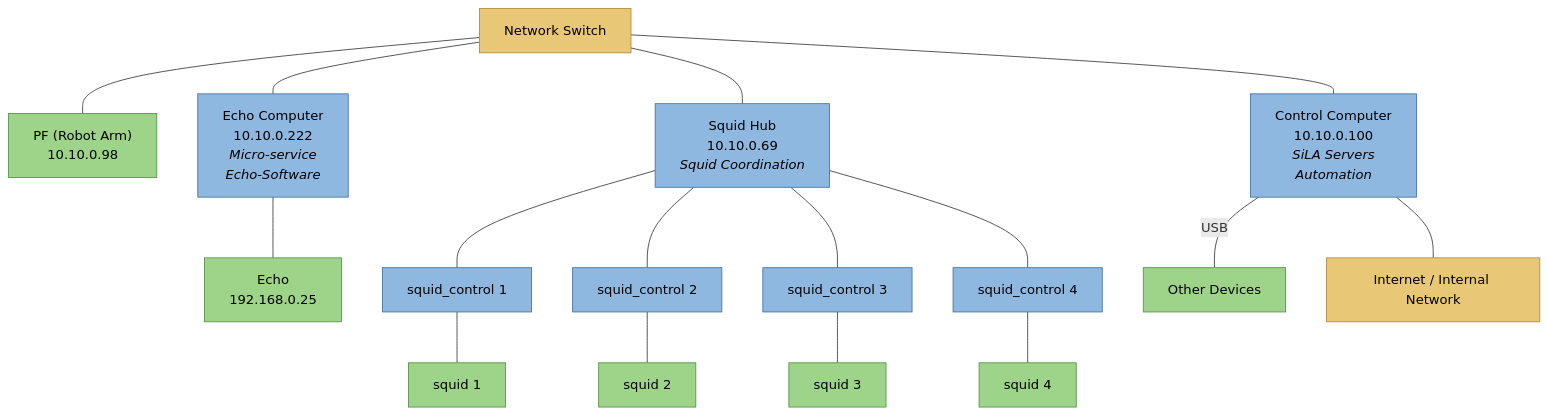
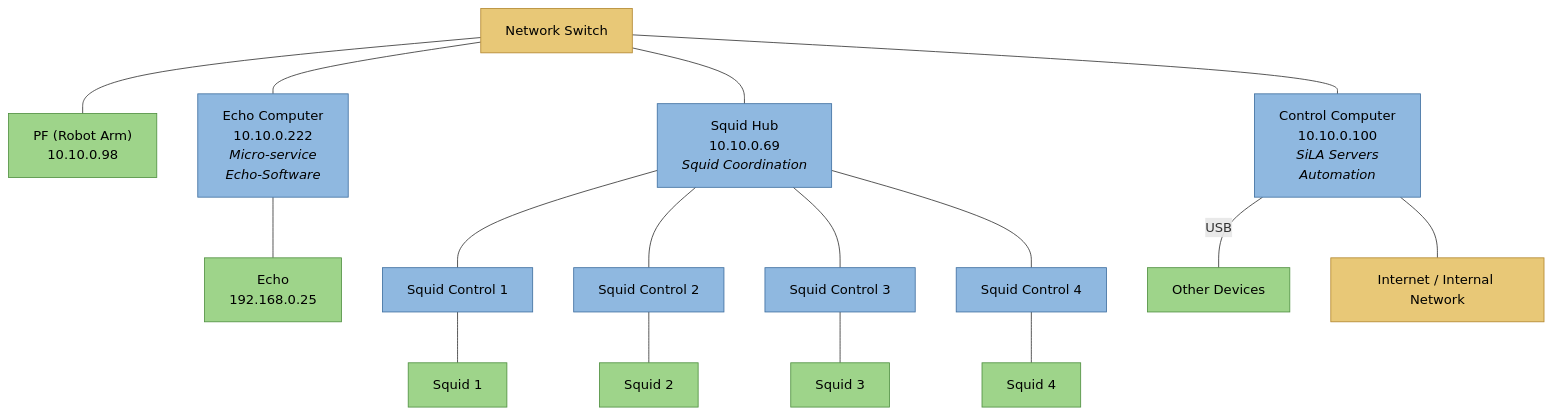
One commit to pharmbio/cage2_automation changed the first of 2 diagrams in connection_setup.md. Above: the diagram before and after it, drawn with Mermaid. The commit also changed other lines of this file and 1 other file, not shown here.

Commit message:
added transit steps

````diff
--- a/connection_setup.md
+++ b/connection_setup.md
@@ -8,46 +8,46 @@
 ```mermaid
 graph TD
     SW["Network Switch"]
 
     PF["PF (Robot Arm)<br/>10.10.0.98"]
     CTRL["Control Computer<br/>10.10.0.100<br/><i>SiLA Servers</i><br/><i>Automation</i>"]
     ECHO["Echo Computer<br/>10.10.0.222<br/><i>Micro-service</i><br/><i>Echo-Software</i>"]
     SQUID["Squid Hub<br/>10.10.0.69<br/><i>Squid Coordination</i>"]
 
     SW --- PF
     SW --- CTRL
     SW --- ECHO
     SW --- SQUID
 
     ECHODEV["Echo<br/>192.168.0.25"]
-    SC1["squid_control 1"]
-    SC2["squid_control 2"]
-    SC3["squid_control 3"]
-    SC4["squid_control 4"]
-    SQ1["squid 1"]
-    SQ2["squid 2"]
-    SQ3["squid 3"]
-    SQ4["squid 4"]
+    SC1["Squid Control 1"]
+    SC2["Squid Control 2"]
+    SC3["Squid Control 3"]
+    SC4["Squid Control 4"]
+    SQ1["Squid 1"]
+    SQ2["Squid 2"]
+    SQ3["Squid 3"]
+    SQ4["Squid 4"]
     OTHER["Other Devices"]
     NET["Internet / Internal Network"]
 
     CTRL --- NET
     ECHO --- ECHODEV
     SQUID --- SC1
     SQUID --- SC2
     SQUID --- SC3
     SQUID --- SC4
     SC1 --- SQ1
     SC2 --- SQ2
     SC3 --- SQ3
     SC4 --- SQ4
     CTRL --- |USB| OTHER
 
     classDef computer fill:#8fb8e0,stroke:#3f6fa0,color:#000
     classDef device fill:#9ed48a,stroke:#4f9040,color:#000
     classDef network fill:#e8c877,stroke:#b3872f,color:#000
 
     class CTRL,ECHO,SC1,SC2,SC3,SC4,SQUID computer
     class PF,ECHODEV,SQ1,SQ2,SQ3,SQ4,OTHER device
     class SW,NET network
 ```
````
